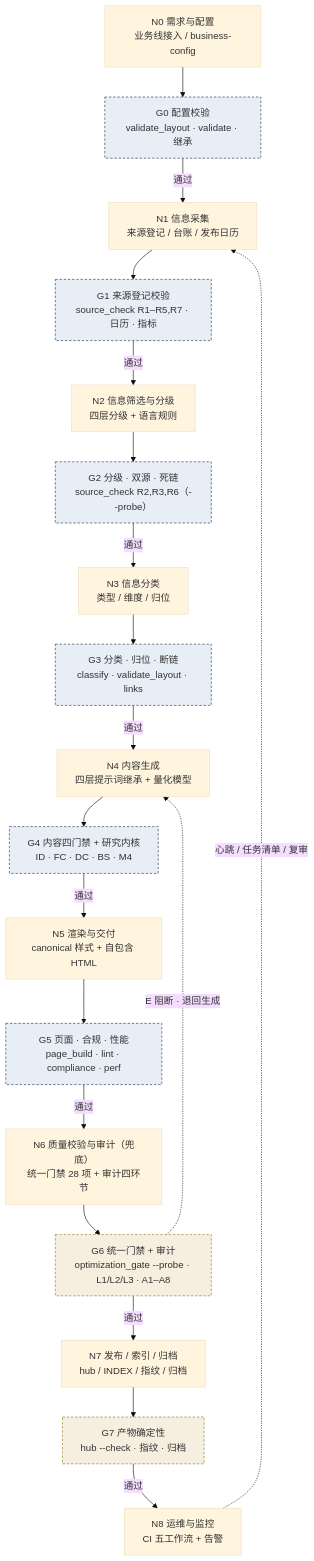
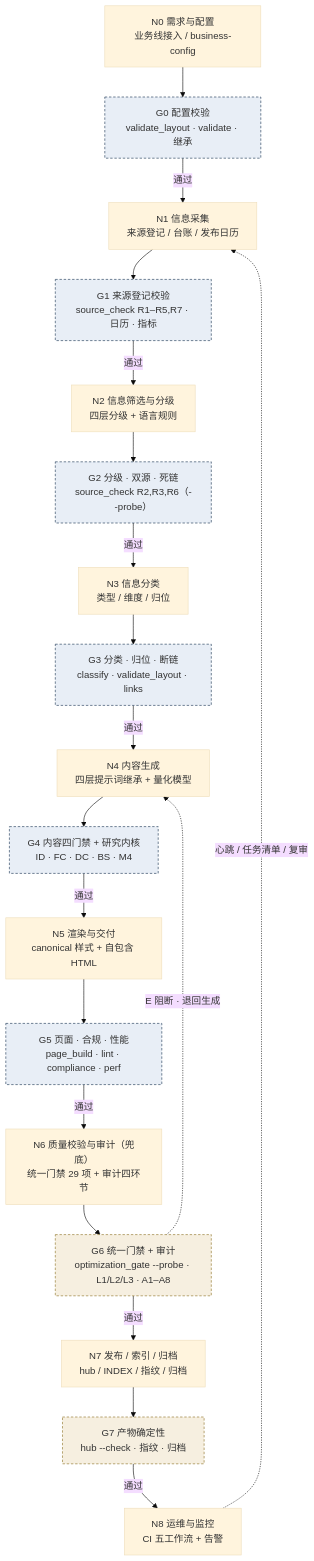
One commit to hmbphxkw76-byte/tech-context-digest changed the first of 4 diagrams in engine/docs/report-pipeline-system.md. Above: the diagram before and after it, drawn with Mermaid (base theme). The commit also changed other lines of this file and 20 other files, not shown here.

````diff
--- a/engine/docs/report-pipeline-system.md
+++ b/engine/docs/report-pipeline-system.md
@@ -28,25 +28,25 @@
 ```mermaid
 flowchart TD
     N0["N0 需求与配置<br/>业务线接入 / business-config"] --> G0["G0 配置校验<br/>validate_layout · validate · 继承"]
     G0 -->|通过| N1["N1 信息采集<br/>来源登记 / 台账 / 发布日历"]
     N1 --> G1["G1 来源登记校验<br/>source_check R1–R5,R7 · 日历 · 指标"]
     G1 -->|通过| N2["N2 信息筛选与分级<br/>四层分级 + 语言规则"]
     N2 --> G2["G2 分级 · 双源 · 死链<br/>source_check R2,R3,R6（--probe）"]
     G2 -->|通过| N3["N3 信息分类<br/>类型 / 维度 / 归位"]
     N3 --> G3["G3 分类 · 归位 · 断链<br/>classify · validate_layout · links"]
     G3 -->|通过| N4["N4 内容生成<br/>四层提示词继承 + 量化模型"]
     N4 --> G4["G4 内容四门禁 + 研究内核<br/>ID · FC · DC · BS · M4"]
     G4 -->|通过| N5["N5 渲染与交付<br/>canonical 样式 + 自包含 HTML"]
     N5 --> G5["G5 页面 · 合规 · 性能<br/>page_build · lint · compliance · perf"]
-    G5 -->|通过| N6["N6 质量校验与审计（兜底）<br/>统一门禁 28 项 + 审计四环节"]
+    G5 -->|通过| N6["N6 质量校验与审计（兜底）<br/>统一门禁 29 项 + 审计四环节"]
     N6 --> G6["G6 统一门禁 + 审计<br/>optimization_gate --probe · L1/L2/L3 · A1–A8"]
     G6 -->|通过| N7["N7 发布 / 索引 / 归档<br/>hub / INDEX / 指纹 / 归档"]
     N7 --> G7["G7 产物确定性<br/>hub --check · 指纹 · 归档"]
     G7 -->|通过| N8["N8 运维与监控<br/>CI 五工作流 + 告警"]
     N8 -. "心跳 / 任务清单 / 复审" .-> N1
     G6 -. "E 阻断 · 退回生成" .-> N4
     classDef shift fill:#e8eef6,stroke:#16324f,stroke-dasharray:4 3;
     classDef backstop fill:#f6efe0,stroke:#8a6d1f,stroke-dasharray:4 3;
     class G0,G1,G2,G3,G4,G5 shift;
     class G6,G7,G8 backstop;
 ```
````
